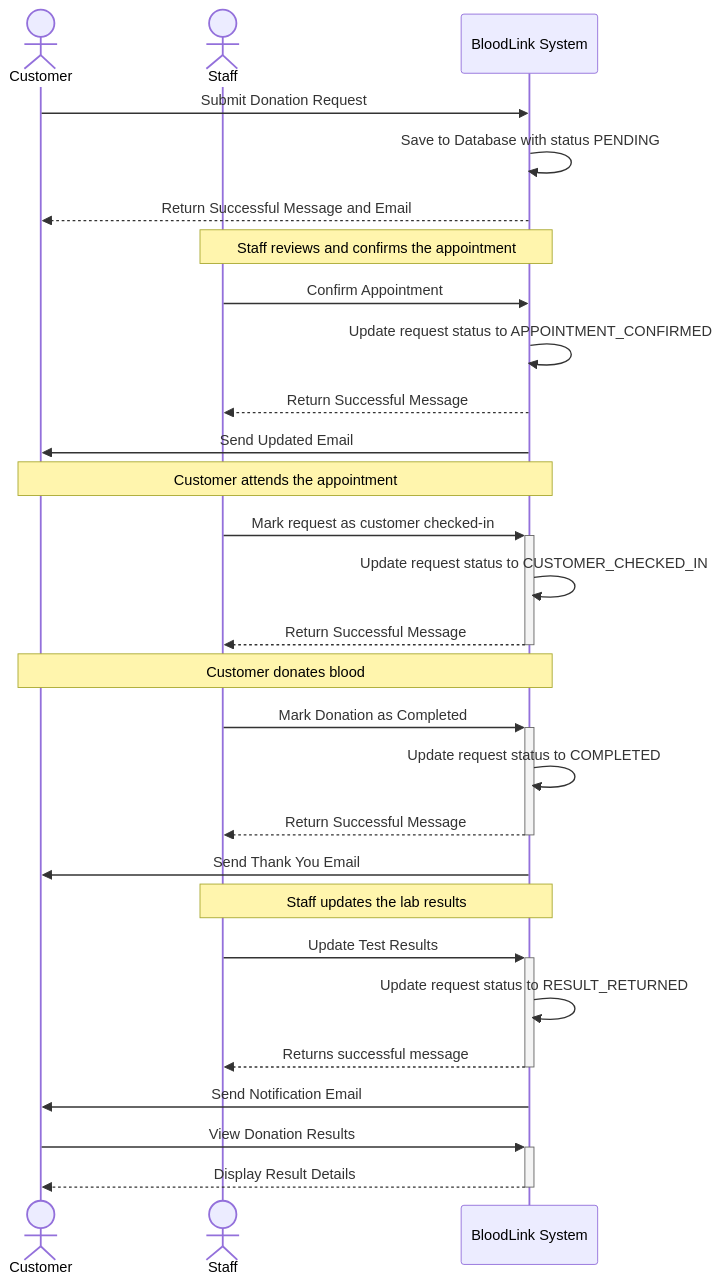
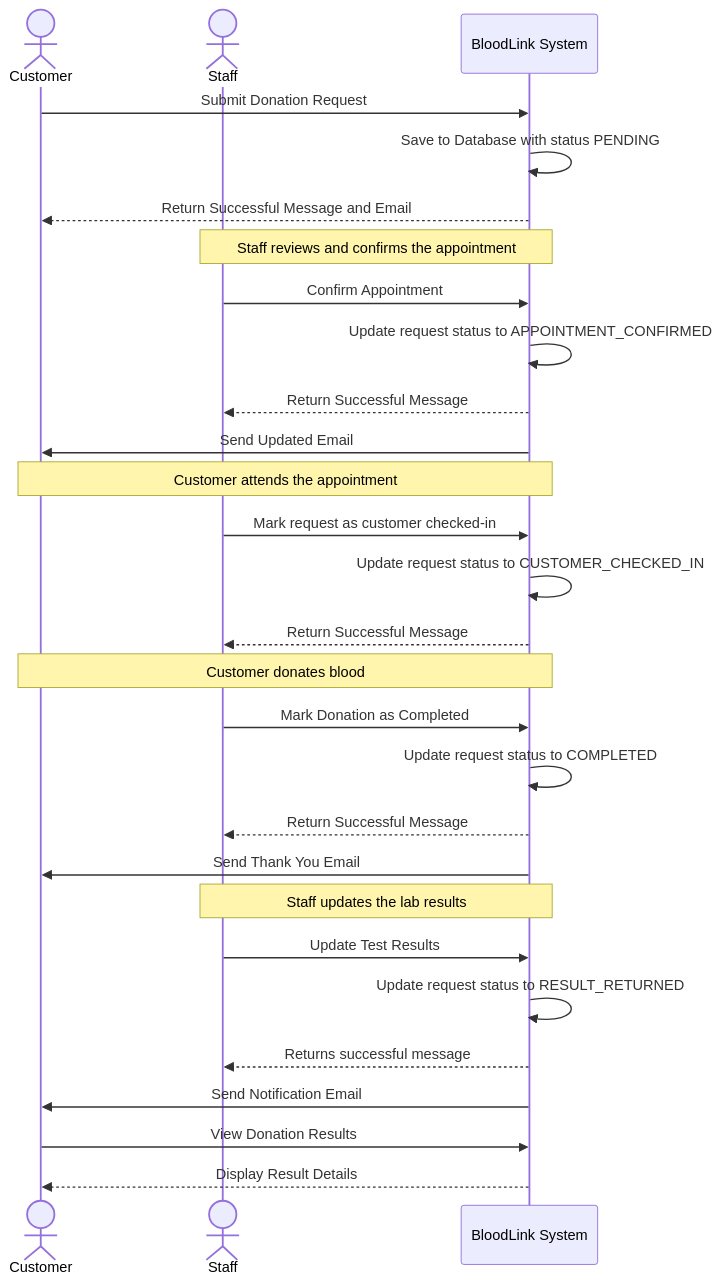
Before and after one commit to phamnguyenviethung/bloodlink-be: the first of 3 diagrams in docs/DONATION_FLOW.md, drawn with Mermaid. The commit also changed other lines of this file, not shown here.

Commit message:
Update Donation flow

````diff
--- a/docs/DONATION_FLOW.md
+++ b/docs/DONATION_FLOW.md
@@ -111,41 +111,41 @@
 ```mermaid
 sequenceDiagram
     actor Customer
     actor Staff
     participant System as BloodLink System
 
     Customer->>System: Submit Donation Request
     System->>System: Save to Database with status PENDING
     System-->>Customer: Return Successful Message and Email
 
     Note over Staff, System: Staff reviews and confirms the appointment
       
     Staff->>System: Confirm Appointment
     System->>System: Update request status to APPOINTMENT_CONFIRMED
     System-->>Staff: Return Successful Message
     System->>Customer: Send Updated Email
 
     Note over Customer, System: Customer attends the appointment
 
-    Staff->>+System: Mark request as customer checked-in
+    Staff->>System: Mark request as customer checked-in
     System->>System: Update request status to CUSTOMER_CHECKED_IN
-    System-->>-Staff: Return Successful Message
+    System-->>Staff: Return Successful Message
     
     Note over Customer, System: Customer donates blood
 
-    Staff->>+System: Mark Donation as Completed
+    Staff->>System: Mark Donation as Completed
     System->>System: Update request status to COMPLETED
-    System-->>-Staff: Return Successful Message
+    System-->>Staff: Return Successful Message
     System->>Customer: Send Thank You Email
 
     Note over Staff, System: Staff updates the lab results
 
-    Staff->>+System: Update Test Results
+    Staff->>System: Update Test Results
     System->>System: Update request status to RESULT_RETURNED
-    System-->>-Staff: Returns successful message
+    System-->>Staff: Returns successful message
     System->>Customer: Send Notification Email
 
-    Customer->>+System: View Donation Results
-    System-->>-Customer: Display Result Details
+    Customer->>System: View Donation Results
+    System-->>Customer: Display Result Details
 
 ```
````
